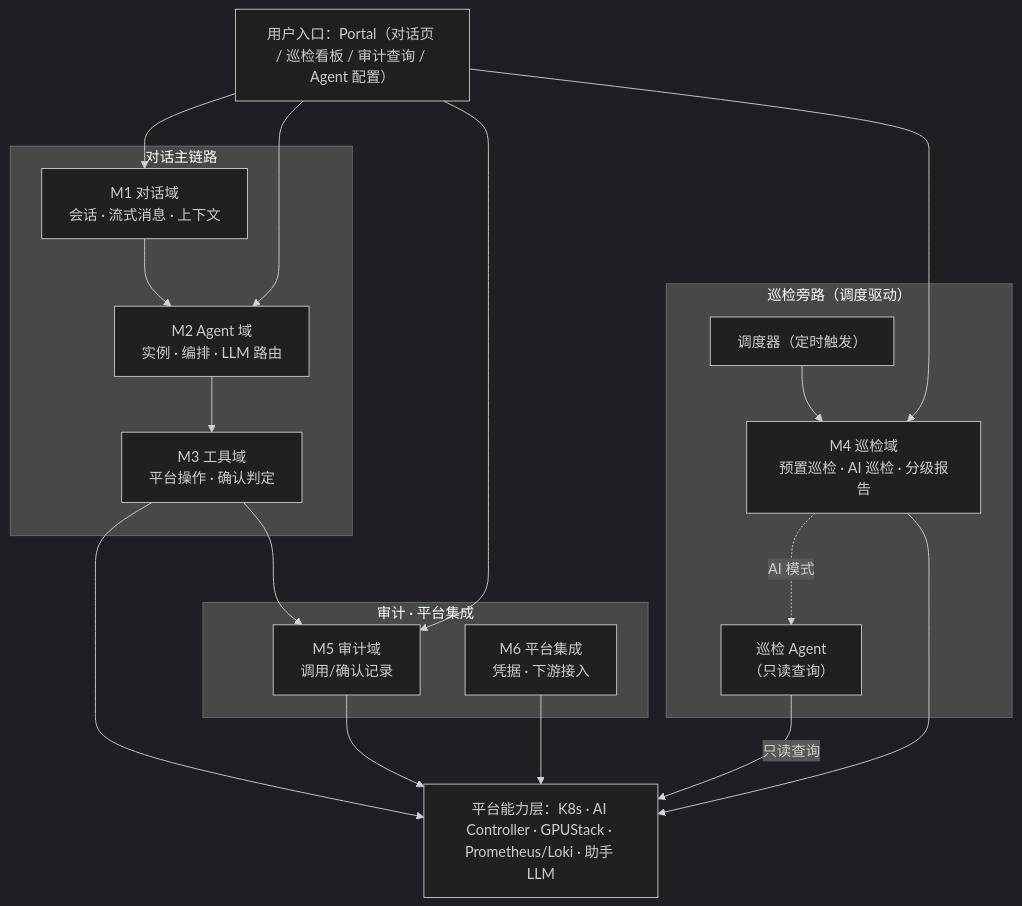
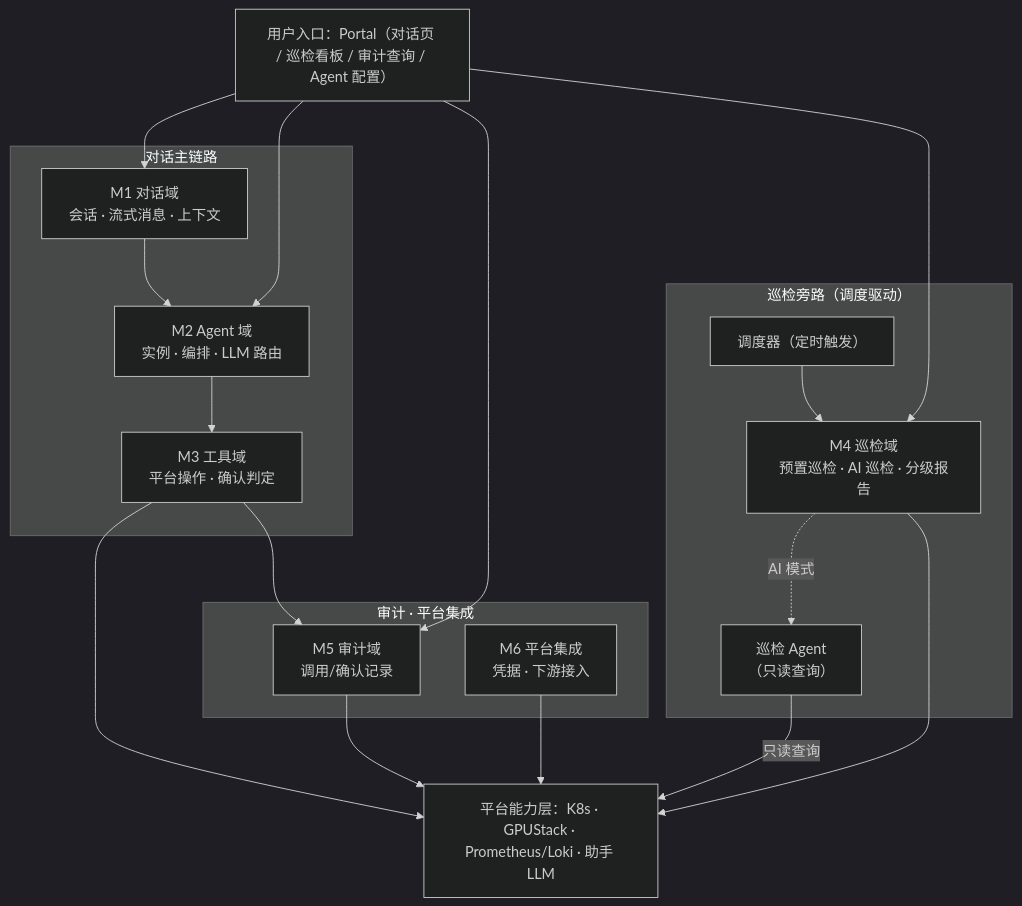
One commit to suanova/cubepilot changed the diagram in docs/CubeStack-平台智能助手-CubePilot-功能需求细化文档.md. Above: the diagram before and after it, drawn with Mermaid (dark theme). The commit also changed other lines of this file and 1 other file, not shown here.

````diff
--- a/docs/CubeStack-平台智能助手-CubePilot-功能需求细化文档.md
+++ b/docs/CubeStack-平台智能助手-CubePilot-功能需求细化文档.md
@@ -32,37 +32,37 @@
 ```mermaid
 flowchart TB
     U["用户入口：Portal（对话页 / 巡检看板 / 审计查询 / Agent 配置）"]
 
     subgraph chat["对话主链路"]
         M1["M1 对话域<br/>会话 · 流式消息 · 上下文"]
         M2["M2 Agent 域<br/>实例 · 编排 · LLM 路由"]
         M3["M3 工具域<br/>平台操作 · 确认判定"]
         M1 --> M2 --> M3
     end
 
     subgraph side["审计 · 平台集成"]
         M5["M5 审计域<br/>调用/确认记录"]
         M6["M6 平台集成<br/>凭据 · 下游接入"]
     end
 
     subgraph insp["巡检旁路（调度驱动）"]
         S["调度器（定时触发）"]
         M4["M4 巡检域<br/>预置巡检 · AI 巡检 · 分级报告"]
         IA["巡检 Agent<br/>（只读查询）"]
         S --> M4
         M4 -.->|"AI 模式"| IA
     end
 
-    P["平台能力层：K8s · AI Controller · GPUStack · Prometheus/Loki · 助手 LLM"]
+    P["平台能力层：K8s · GPUStack · Prometheus/Loki · 助手 LLM"]
 
     U --> M1
     U --> M2
     U --> M5
     U --> M4
     M3 --> P
     M3 --> M5
     M5 --> P
     M6 --> P
     M4 --> P
     IA -->|"只读查询"| P
 ```
````
